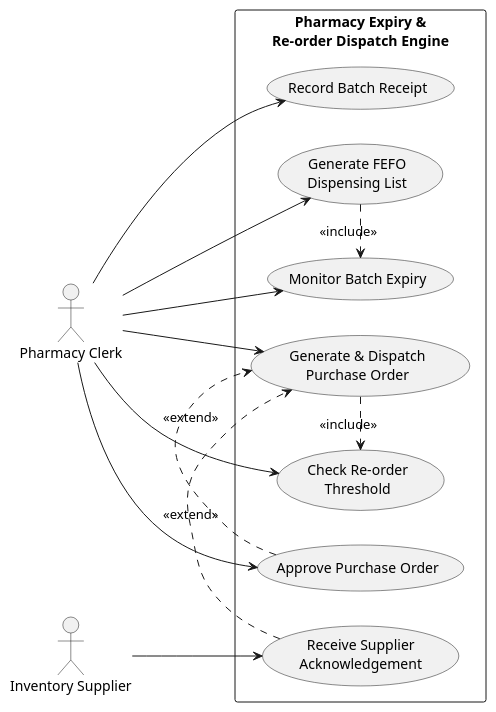
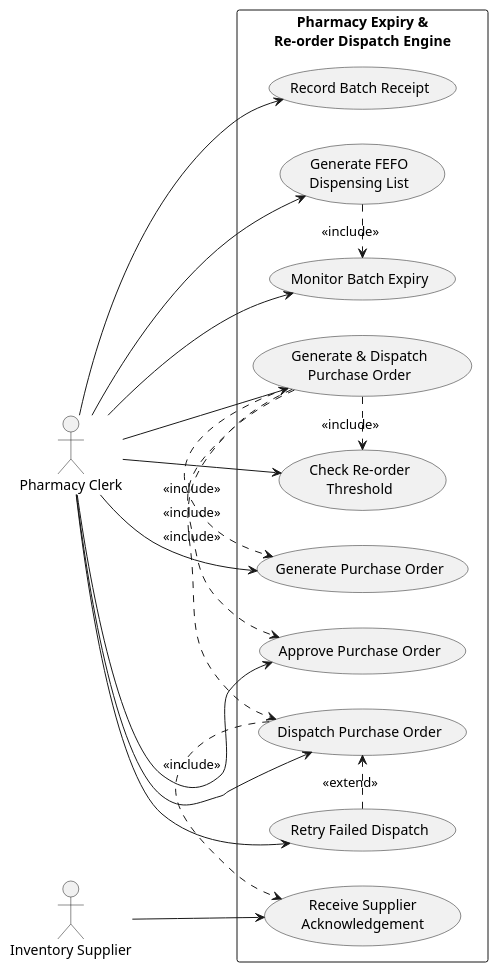
The diagram in diagrams/use-case-diagram.puml (ShreyankSridhar/LAB-1_Activity_Shreyank_PES1UG24CS443), drawn with PlantUML before and after one commit.

Commit message:
Correct UML use-case relationships

```diff
--- a/diagrams/use-case-diagram.puml
+++ b/diagrams/use-case-diagram.puml
@@ -1,30 +1,39 @@
 @startuml
 left to right direction
 skinparam packageStyle rectangle
 
 actor "Pharmacy Clerk" as Clerk
 actor "Inventory Supplier" as Supplier
 
 rectangle "Pharmacy Expiry &\nRe-order Dispatch Engine" {
   usecase "Record Batch Receipt" as UC1
   usecase "Monitor Batch Expiry" as UC2
   usecase "Generate FEFO\nDispensing List" as UC3
   usecase "Check Re-order\nThreshold" as UC4
   usecase "Generate & Dispatch\nPurchase Order" as UC5
-  usecase "Approve Purchase Order" as UC6
-  usecase "Receive Supplier\nAcknowledgement" as UC7
+  usecase "Generate Purchase Order" as UC6
+  usecase "Approve Purchase Order" as UC7
+  usecase "Dispatch Purchase Order" as UC8
+  usecase "Receive Supplier\nAcknowledgement" as UC9
+  usecase "Retry Failed Dispatch" as UC10
 }
 
 Clerk --> UC1
 Clerk --> UC2
 Clerk --> UC3
 Clerk --> UC4
 Clerk --> UC5
 Clerk --> UC6
-Supplier --> UC7
+Clerk --> UC7
+Clerk --> UC8
+Clerk --> UC10
+Supplier --> UC9
 
 UC3 .> UC2 : <<include>>
 UC5 .> UC4 : <<include>>
-UC6 .> UC5 : <<extend>>
-UC7 .> UC5 : <<extend>>
+UC5 .> UC6 : <<include>>
+UC5 .> UC7 : <<include>>
+UC5 .> UC8 : <<include>>
+UC8 .> UC9 : <<include>>
+UC10 .> UC8 : <<extend>>
 @enduml
```
